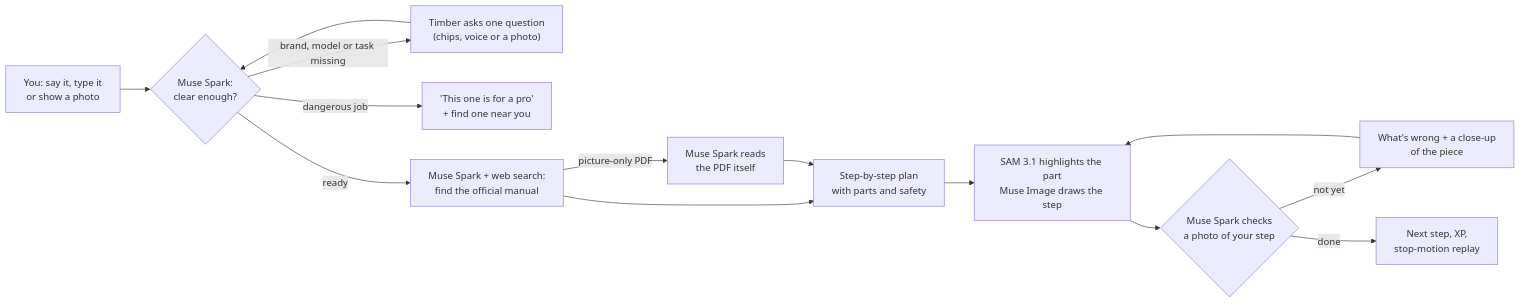
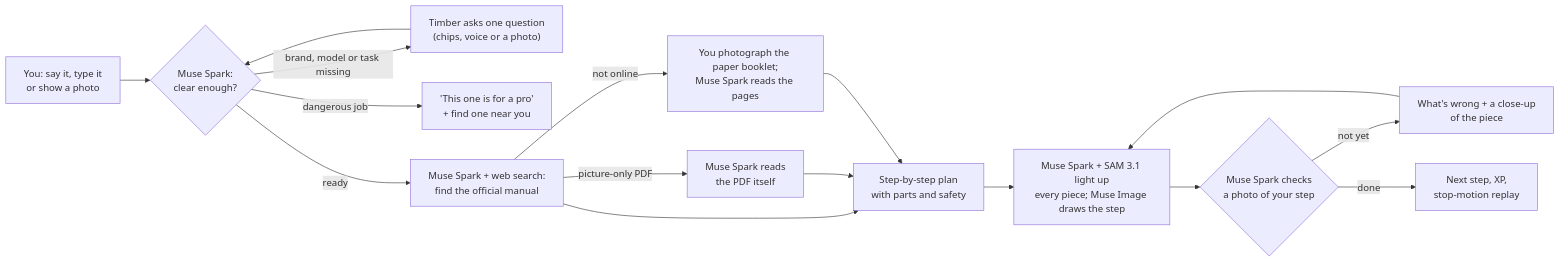
One commit to KarenAlexa09/StepSight changed the diagram in README.md. Above: the diagram before and after it, drawn with Mermaid. The commit also changed other lines of this file, not shown here.

````diff
--- a/README.md
+++ b/README.md
@@ -82,16 +84,18 @@
 ```mermaid
 flowchart LR
     A["You: say it, type it<br/>or show a photo"] --> B{"Muse Spark:<br/>clear enough?"}
     B -- "brand, model or task missing" --> C["Timber asks one question<br/>(chips, voice or a photo)"]
     C --> B
     B -- "dangerous job" --> X["'This one is for a pro'<br/>+ find one near you"]
     B -- "ready" --> D["Muse Spark + web search:<br/>find the official manual"]
     D -- "picture-only PDF" --> E["Muse Spark reads<br/>the PDF itself"]
+    D -- "not online" --> P["You photograph the paper booklet;<br/>Muse Spark reads the pages"]
     D --> F["Step-by-step plan<br/>with parts and safety"]
     E --> F
-    F --> G["SAM 3.1 highlights the part<br/>Muse Image draws the step"]
+    P --> F
+    F --> G["Muse Spark + SAM 3.1 light up<br/>every piece; Muse Image draws the step"]
     G --> H{"Muse Spark checks<br/>a photo of your step"}
     H -- "not yet" --> I["What's wrong + a close-up<br/>of the piece"]
     I --> G
     H -- "done" --> J["Next step, XP,<br/>stop-motion replay"]
 ```
````
